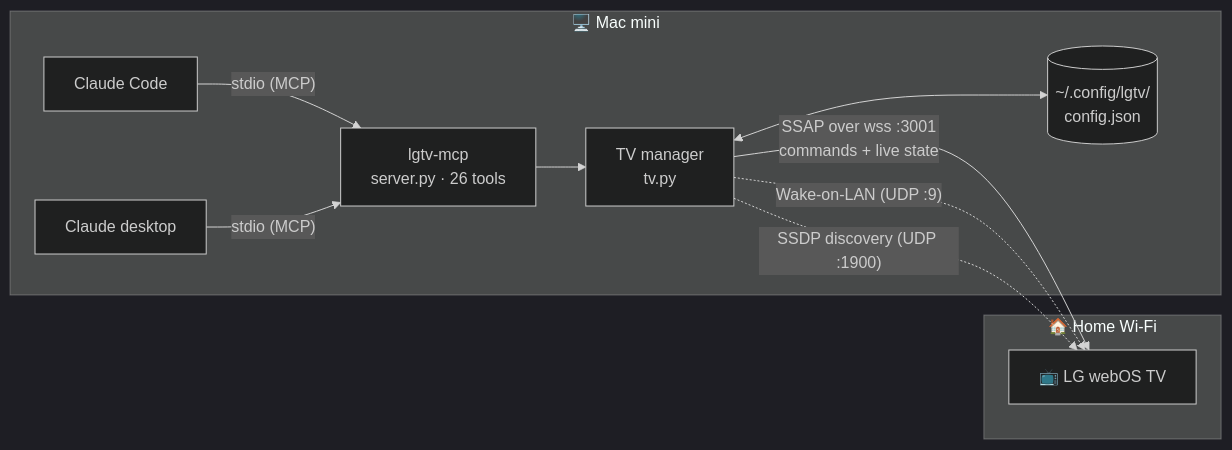
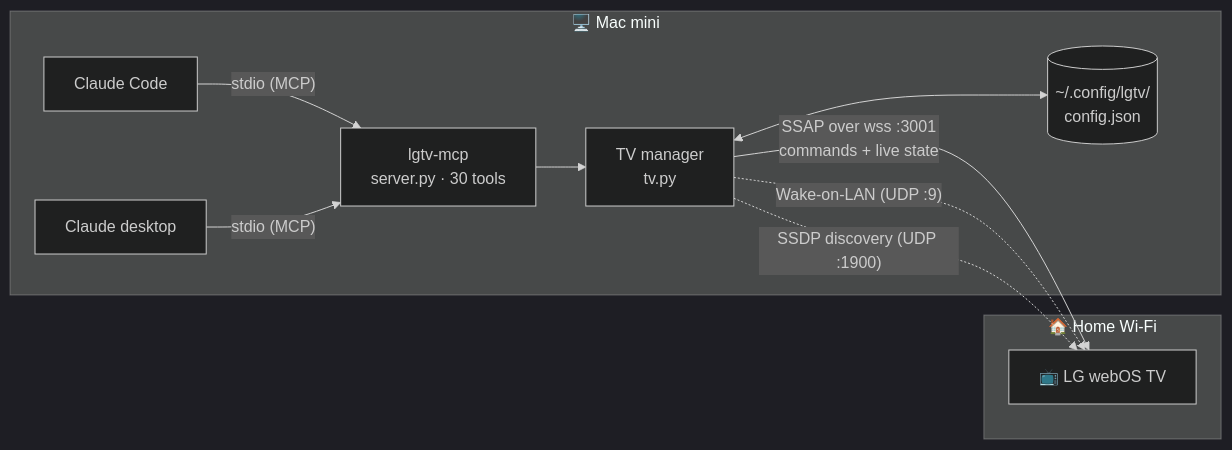
Before and after one commit to Laksh-star/lgtv-mcp: the first of 3 diagrams in README.md, drawn with Mermaid (dark theme). The commit also changed other lines of this file and 3 other files, not shown here.

````diff
--- a/README.md
+++ b/README.md
@@ -278,20 +296,20 @@
 ```mermaid
 flowchart LR
     subgraph Mac["🖥️ Mac mini"]
         CC["Claude Code"]
         CD["Claude desktop"]
-        S["lgtv-mcp<br/>server.py · 26 tools"]
+        S["lgtv-mcp<br/>server.py · 30 tools"]
         T["TV manager<br/>tv.py"]
         CFG[("~/.config/lgtv/<br/>config.json")]
         CC -- "stdio (MCP)" --> S
         CD -- "stdio (MCP)" --> S
         S --> T
         T <--> CFG
     end
     subgraph Home["🏠 Home Wi-Fi"]
         TV["📺 LG webOS TV"]
     end
     T -- "SSAP over wss :3001<br/>commands + live state" --> TV
     T -. "Wake-on-LAN (UDP :9)" .-> TV
     T -. "SSDP discovery (UDP :1900)" .-> TV
 ```
````
